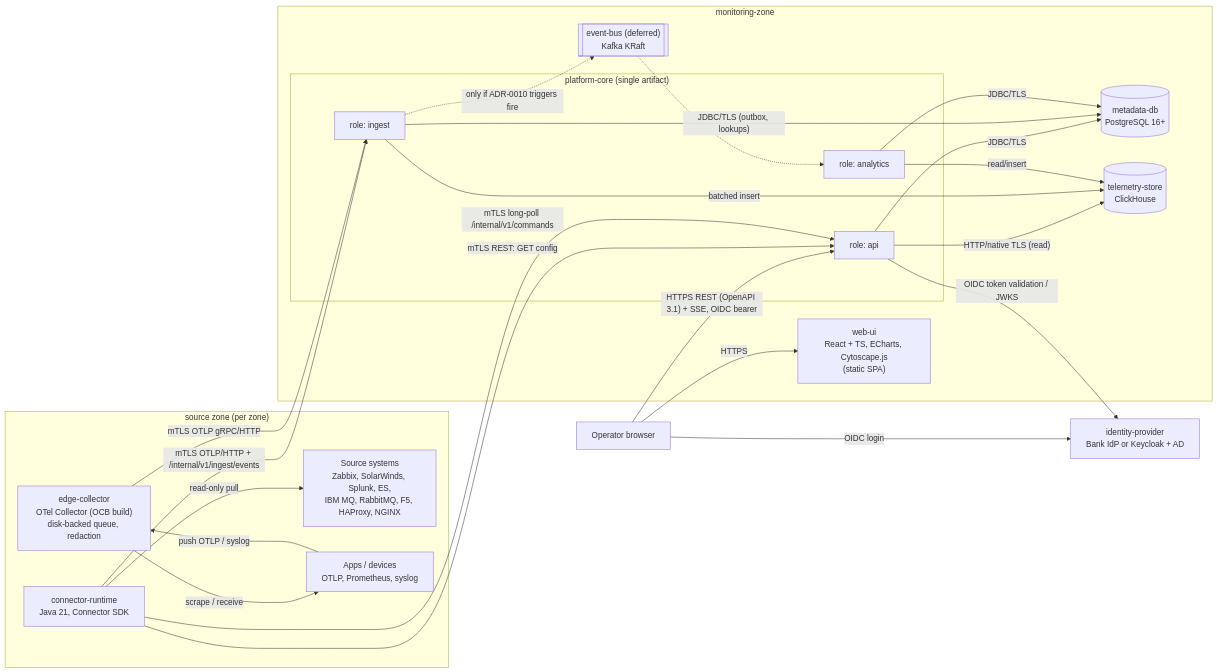
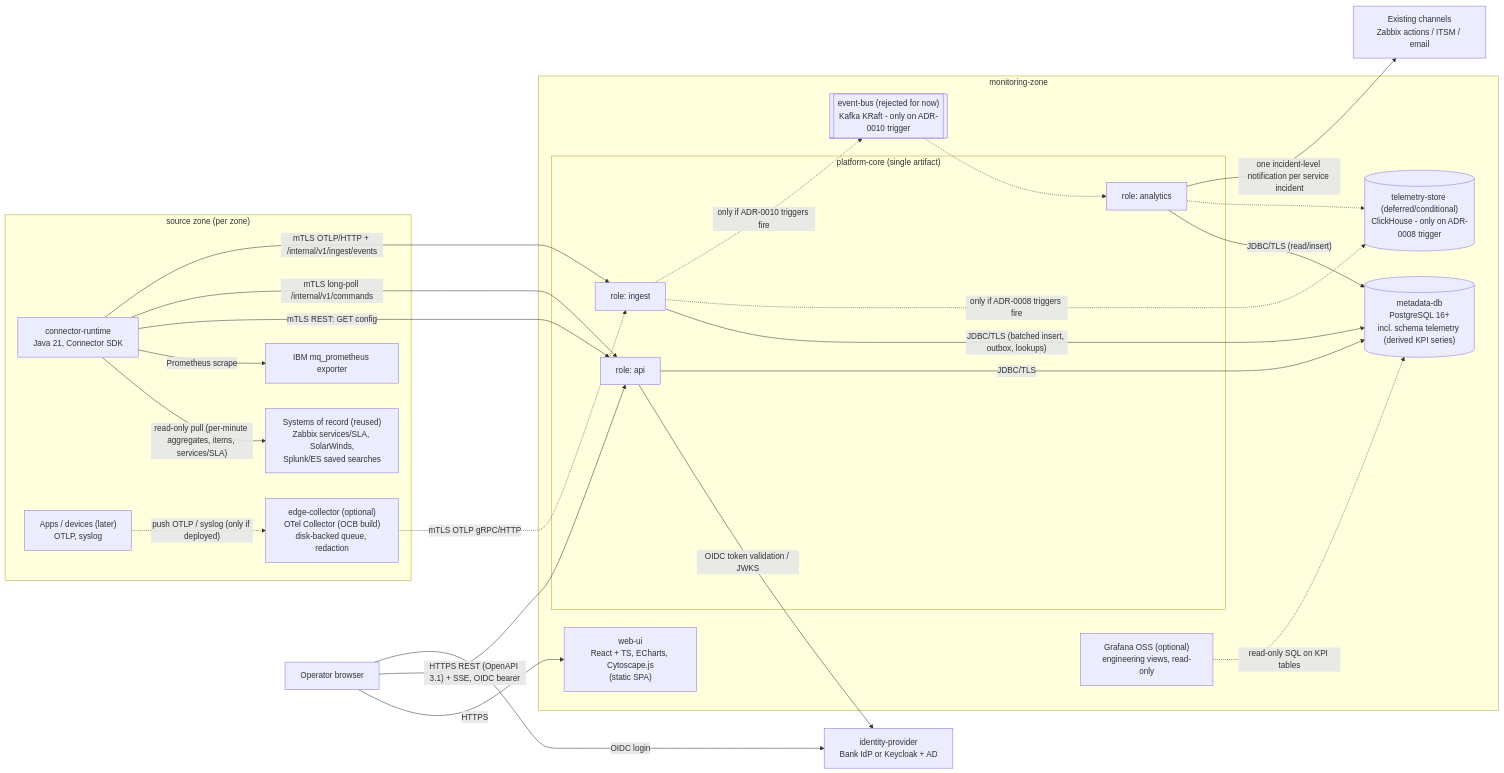
Before and after one commit to navy1919/IssabelMonitoring: the first of 2 diagrams in docs/architecture/container-architecture.md, drawn with Mermaid. The commit also changed other lines of this file and 46 other files, not shown here.

````diff
--- a/docs/architecture/container-architecture.md
+++ b/docs/architecture/container-architecture.md
@@ -22,48 +24,53 @@
 ```mermaid
 flowchart LR
     User["Operator browser"]
 
     subgraph MON["monitoring-zone"]
         UI["web-ui<br/>React + TS, ECharts, Cytoscape.js<br/>(static SPA)"]
         subgraph CORE["platform-core (single artifact)"]
             API["role: api"]
             ING["role: ingest"]
             ANA["role: analytics"]
         end
-        PG[("metadata-db<br/>PostgreSQL 16+")]
-        CH[("telemetry-store<br/>ClickHouse")]
-        BUS[["event-bus (deferred)<br/>Kafka KRaft"]]
+        PG[("metadata-db<br/>PostgreSQL 16+<br/>incl. schema telemetry (derived KPI series)")]
+        CH[("telemetry-store (deferred/conditional)<br/>ClickHouse - only on ADR-0008 trigger")]
+        BUS[["event-bus (rejected for now)<br/>Kafka KRaft - only on ADR-0010 trigger"]]
+        GRF["Grafana OSS (optional)<br/>engineering views, read-only"]
     end
+
+    CH_NOTIFY["Existing channels<br/>Zabbix actions / ITSM / email"]
 
     IDP["identity-provider<br/>Bank IdP or Keycloak + AD"]
 
     subgraph ZONE["source zone (per zone)"]
         CR["connector-runtime<br/>Java 21, Connector SDK"]
-        EC["edge-collector<br/>OTel Collector (OCB build)<br/>disk-backed queue, redaction"]
-        SRC["Source systems<br/>Zabbix, SolarWinds, Splunk, ES,<br/>IBM MQ, RabbitMQ, F5, HAProxy, NGINX"]
-        APP["Apps / devices<br/>OTLP, Prometheus, syslog"]
+        EC["edge-collector (optional)<br/>OTel Collector (OCB build)<br/>disk-backed queue, redaction"]
+        SRC["Systems of record (reused)<br/>Zabbix services/SLA, SolarWinds,<br/>Splunk/ES saved searches"]
+        MQX["IBM mq_prometheus exporter"]
+        APP["Apps / devices (later)<br/>OTLP, syslog"]
     end
 
     User -- "HTTPS" --> UI
     User -- "HTTPS REST (OpenAPI 3.1) + SSE, OIDC bearer" --> API
     User -- "OIDC login" --> IDP
     API -- "OIDC token validation / JWKS" --> IDP
 
-    CR -- "read-only pull" --> SRC
-    EC -- "scrape / receive" --> APP
-    APP -- "push OTLP / syslog" --> EC
+    CR -- "read-only pull (per-minute aggregates, items, services/SLA)" --> SRC
+    CR -- "Prometheus scrape" --> MQX
+    APP -. "push OTLP / syslog (only if deployed)" .-> EC
 
     CR -- "mTLS REST: GET config" --> API
     CR -- "mTLS long-poll /internal/v1/commands" --> API
     CR -- "mTLS OTLP/HTTP + /internal/v1/ingest/events" --> ING
-    EC -- "mTLS OTLP gRPC/HTTP" --> ING
+    EC -. "mTLS OTLP gRPC/HTTP" .-> ING
 
     API -- "JDBC/TLS" --> PG
-    API -- "HTTP/native TLS (read)" --> CH
-    ING -- "JDBC/TLS (outbox, lookups)" --> PG
-    ING -- "batched insert" --> CH
-    ANA -- "JDBC/TLS" --> PG
-    ANA -- "read/insert" --> CH
+    ING -- "JDBC/TLS (batched insert, outbox, lookups)" --> PG
+    ANA -- "JDBC/TLS (read/insert)" --> PG
+    ING -. "only if ADR-0008 triggers fire" .-> CH
+    ANA -. " " .-> CH
+    ANA -- "one incident-level notification per service incident" --> CH_NOTIFY
+    GRF -. "read-only SQL on KPI tables" .-> PG
     ING -. "only if ADR-0010 triggers fire" .-> BUS
     BUS -. " " .-> ANA
 ```
````
